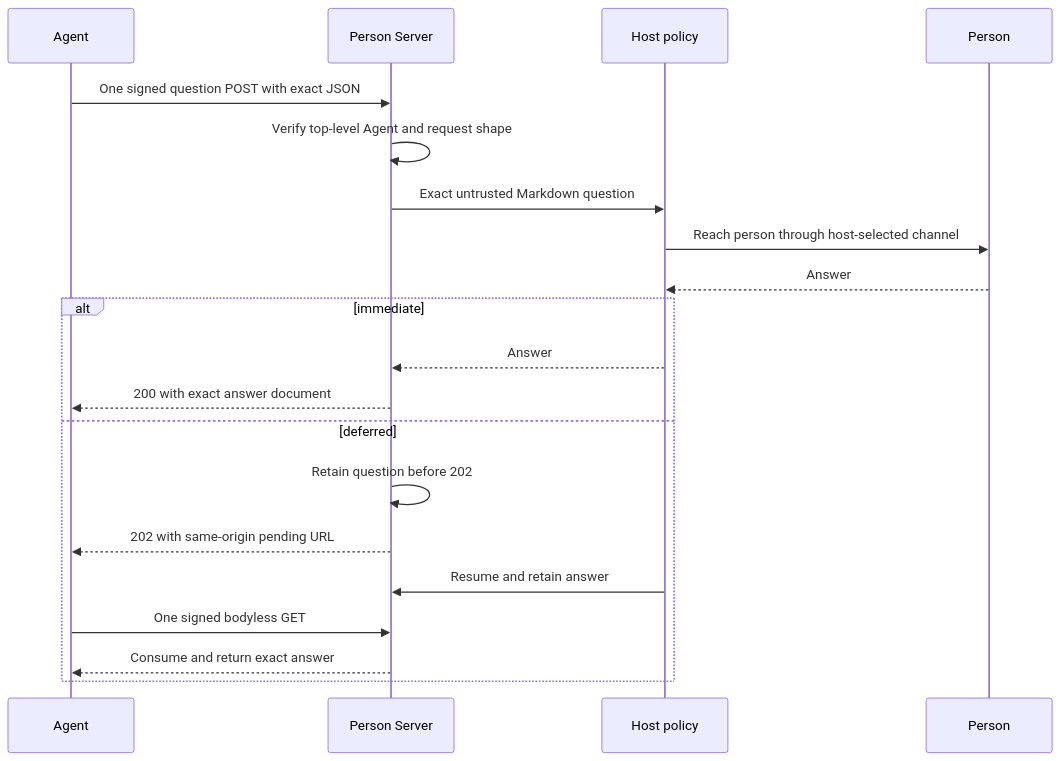
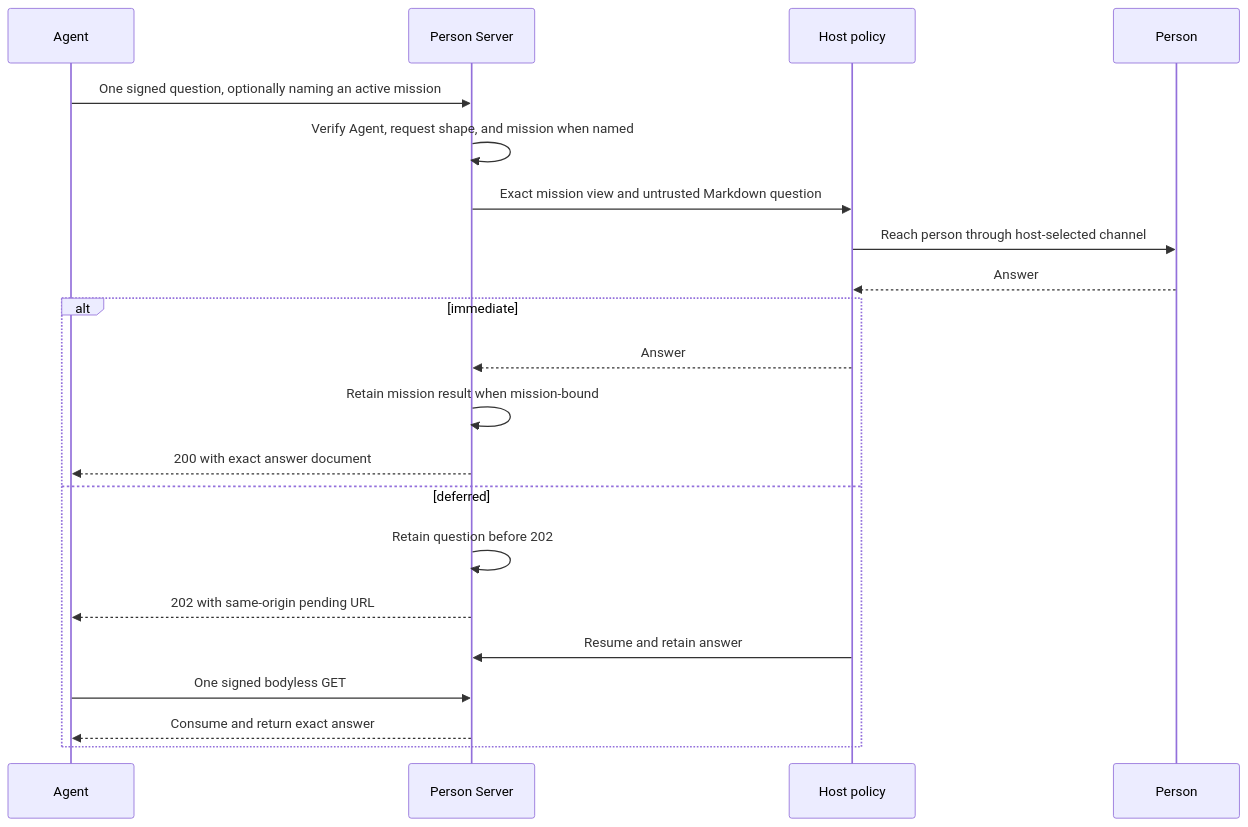
The fifth of 9 diagrams in PROTOCOL.md (sidecat-dev/aauth-go), drawn with Mermaid before and after one commit. The commit also changed other lines of this file and 21 other files, not shown here.

Commit message:
Add mission-bound Interaction question journey

````diff
--- a/PROTOCOL.md
+++ b/PROTOCOL.md
@@ -268,22 +268,23 @@
 ```mermaid
 sequenceDiagram
     participant A as Agent
     participant PS as Person Server
     participant Host as Host policy
     participant P as Person
-    A->>PS: One signed question POST with exact JSON
-    PS->>PS: Verify top-level Agent and request shape
-    PS->>Host: Exact untrusted Markdown question
+    A->>PS: One signed question, optionally naming an active mission
+    PS->>PS: Verify Agent, request shape, and mission when named
+    PS->>Host: Exact mission view and untrusted Markdown question
     Host->>P: Reach person through host-selected channel
     P-->>Host: Answer
     alt immediate
         Host-->>PS: Answer
+        PS->>PS: Retain mission result when mission-bound
         PS-->>A: 200 with exact answer document
     else deferred
         PS->>PS: Retain question before 202
         PS-->>A: 202 with same-origin pending URL
         Host->>PS: Resume and retain answer
         A->>PS: One signed bodyless GET
         PS-->>A: Consume and return exact answer
     end
 ```
````
